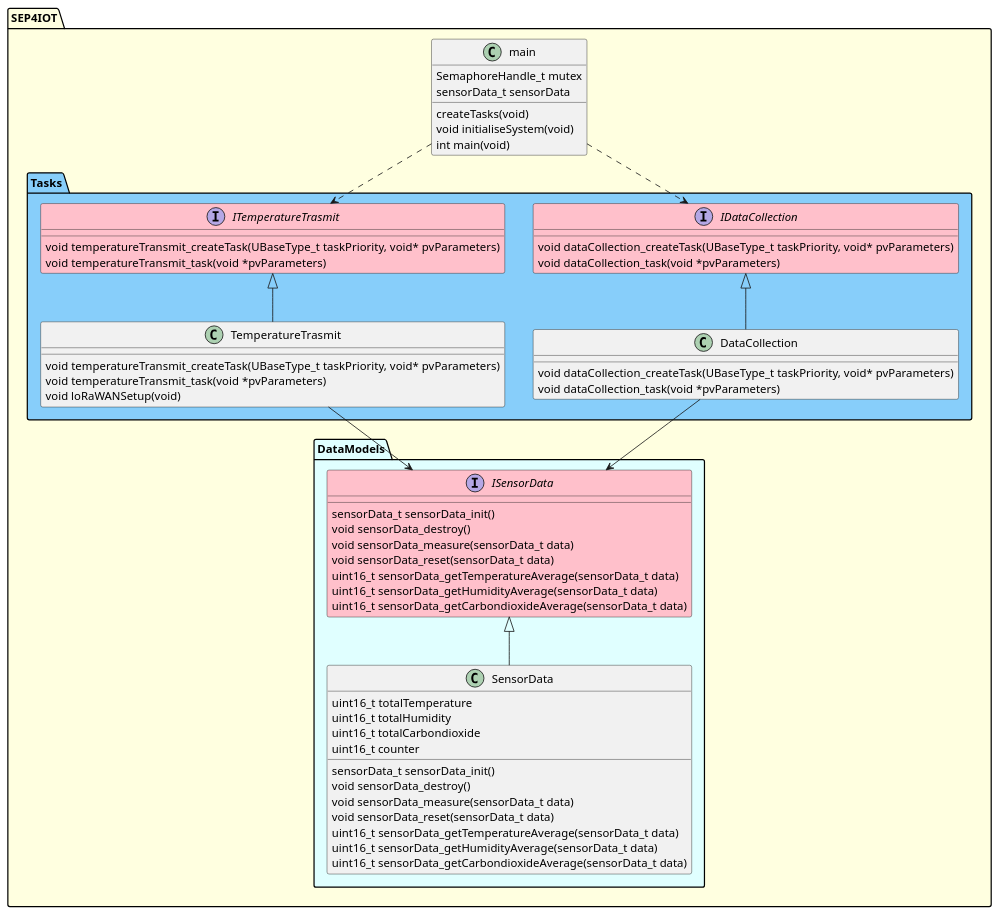
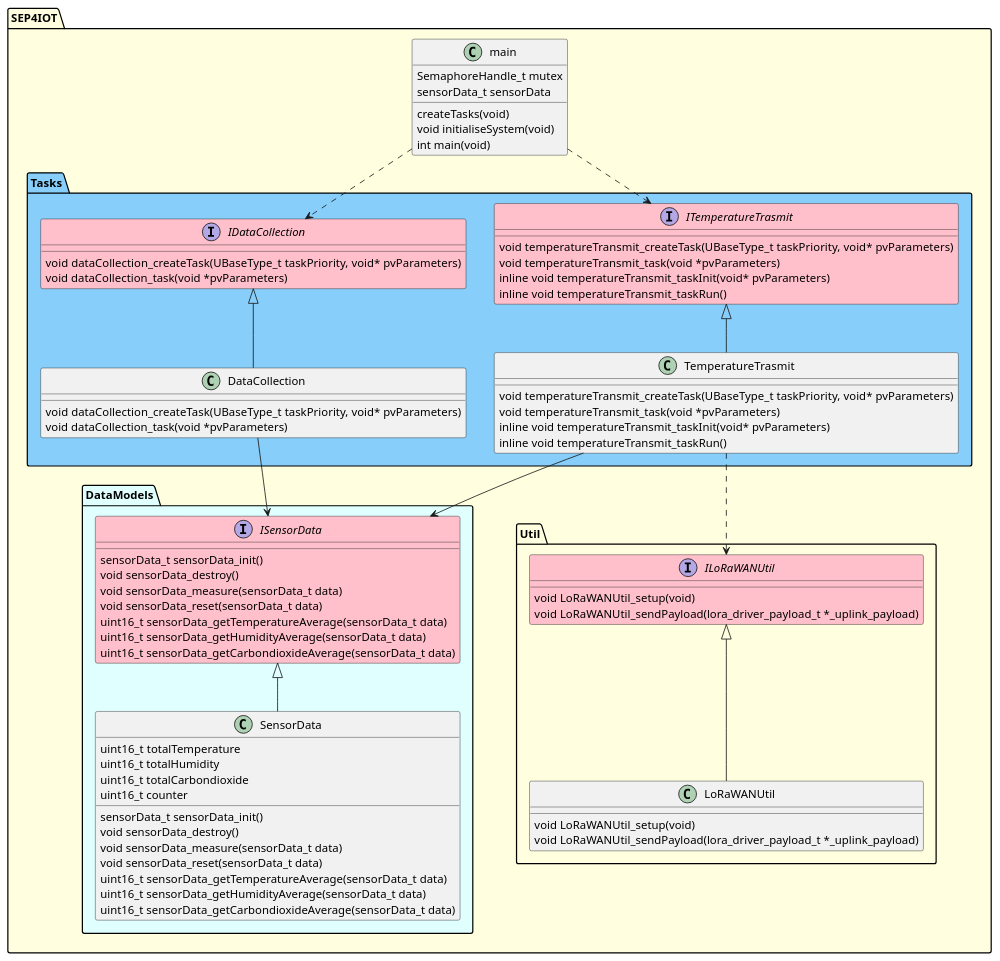
One commit to SEP4-DK1/SEP4-IOT changed the diagram in SEP4-IOT/PlantUML/classDiagram.puml. Above: the diagram before and after it, drawn with PlantUML. The commit also changed 1 other file, not shown here.

Commit message:
diagram : added the new  LoRaWAN util file to diagram
- moved the order of methods in TemperatureTransmit.h

```diff
--- a/SEP4-IOT/PlantUML/classDiagram.puml
+++ b/SEP4-IOT/PlantUML/classDiagram.puml
@@ -1,68 +1,84 @@
 @startuml ClassDiagram
 namespace SEP4IOT #LightYellow {
     class main {
         {field} SemaphoreHandle_t mutex
         {field} sensorData_t sensorData
         {method} createTasks(void)
         {method} void initialiseSystem(void)
         {method} int main(void)
     }
 
     namespace DataModels #LightCyan {
         interface ISensorData #Pink {
             {method} sensorData_t sensorData_init()
             {method} void sensorData_destroy()
             {method} void sensorData_measure(sensorData_t data)
             {method} void sensorData_reset(sensorData_t data)
             {method} uint16_t sensorData_getTemperatureAverage(sensorData_t data)
             {method} uint16_t sensorData_getHumidityAverage(sensorData_t data)
             {method} uint16_t sensorData_getCarbondioxideAverage(sensorData_t data)
         }
         
         class SensorData {
             {field} uint16_t totalTemperature
             {field} uint16_t totalHumidity
             {field} uint16_t totalCarbondioxide
             {field} uint16_t counter
             {method} sensorData_t sensorData_init()
             {method} void sensorData_destroy()
             {method} void sensorData_measure(sensorData_t data)
             {method} void sensorData_reset(sensorData_t data)
             {method} uint16_t sensorData_getTemperatureAverage(sensorData_t data)
             {method} uint16_t sensorData_getHumidityAverage(sensorData_t data)
             {method} uint16_t sensorData_getCarbondioxideAverage(sensorData_t data)
         }
         ISensorData <|-- SensorData
     }
     namespace Tasks #LightSkyBlue {
         interface IDataCollection #Pink {
             {method} void dataCollection_createTask(UBaseType_t taskPriority, void* pvParameters)
             {method} void dataCollection_task(void *pvParameters)
         }
 
-        class DataCollection{
+        class DataCollection {
             {method} void dataCollection_createTask(UBaseType_t taskPriority, void* pvParameters)
             {method} void dataCollection_task(void *pvParameters)
         }
 
         interface ITemperatureTrasmit #Pink {
             {method} void temperatureTransmit_createTask(UBaseType_t taskPriority, void* pvParameters)
             {method} void temperatureTransmit_task(void *pvParameters)
+            {method} inline void temperatureTransmit_taskInit(void* pvParameters)
+            {method} inline void temperatureTransmit_taskRun()
         }
 
         class TemperatureTrasmit {
             {method} void temperatureTransmit_createTask(UBaseType_t taskPriority, void* pvParameters)
             {method} void temperatureTransmit_task(void *pvParameters)
-            {method} void loRaWANSetup(void)
+            {method} inline void temperatureTransmit_taskInit(void* pvParameters)
+            {method} inline void temperatureTransmit_taskRun()
         }
 
         ITemperatureTrasmit <|-- TemperatureTrasmit
         IDataCollection <|-- DataCollection
     }
+    namespace Util {
+        interface ILoRaWANUtil #Pink {
+            {method} void LoRaWANUtil_setup(void)
+            {method} void LoRaWANUtil_sendPayload(lora_driver_payload_t *_uplink_payload)
+        }
+        
+        class LoRaWANUtil {
+            {method} void LoRaWANUtil_setup(void)
+            {method} void LoRaWANUtil_sendPayload(lora_driver_payload_t *_uplink_payload)
+        }
+        ILoRaWANUtil <|-- LoRaWANUtil
+    }
 
     SEP4IOT.main ..> SEP4IOT.Tasks.ITemperatureTrasmit
     SEP4IOT.main ..> SEP4IOT.Tasks.IDataCollection
     SEP4IOT.Tasks.TemperatureTrasmit --> SEP4IOT.DataModels.ISensorData
+    SEP4IOT.Tasks.TemperatureTrasmit ..> SEP4IOT.Util.ILoRaWANUtil
     SEP4IOT.Tasks.DataCollection --> SEP4IOT.DataModels.ISensorData
 }
 @enduml
```
